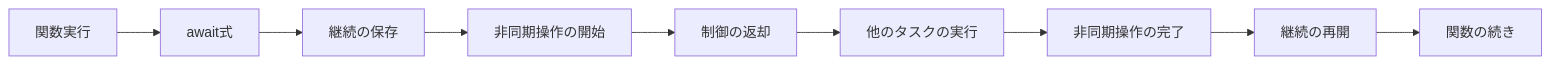
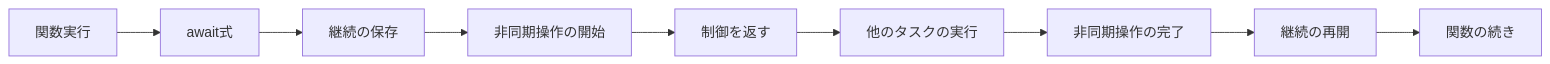
One commit to gtnao/viblog changed the second of 12 diagrams in articles/programming/async_await.md. Above: the diagram before and after it, drawn with Mermaid.

Commit message:
async_await.mdの文字エンコーディング問題を修正
- 35行目の「制御の返却」を「制御を返す」に変更
- 特殊文字によるViteビルドエラーを解消

🤖 Generated with [Claude Code](https://claude.ai/code)

````diff
--- a/articles/programming/async_await.md
+++ b/articles/programming/async_await.md
@@ -30,11 +30,11 @@
 ```mermaid
 graph LR
     A[関数実行] --> B[await式]
     B --> C[継続の保存]
     C --> D[非同期操作の開始]
-    D --> E[制御の返却]
+    D --> E[制御を返す]
     E --> F[他のタスクの実行]
     F --> G[非同期操作の完了]
     G --> H[継続の再開]
     H --> I[関数の続き]
 ```
````
